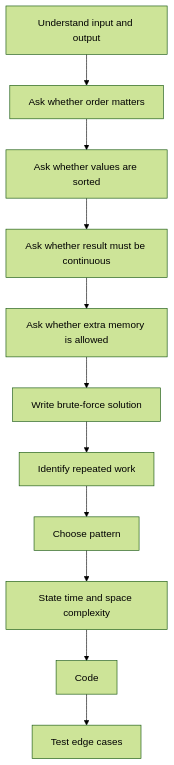
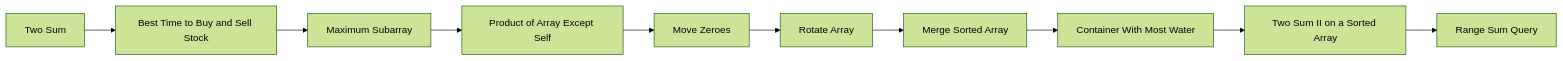
Diagram 16 of 16 in docs/datastructures/array.md (9999dude/omega), drawn with Mermaid (forest theme) before and after one commit. The commit also changed other lines of this file and 58 other files, not shown here.

````diff
--- a/docs/datastructures/array.md
+++ b/docs/datastructures/array.md
@@ -1679,13 +1133,13 @@
 ```mermaid
-flowchart TD
-    A["Understand input and output"] --> B["Ask whether order matters"]
-    B --> C["Ask whether values are sorted"]
-    C --> D["Ask whether result must be continuous"]
-    D --> E["Ask whether extra memory is allowed"]
-    E --> F["Write brute-force solution"]
-    F --> G["Identify repeated work"]
-    G --> H["Choose pattern"]
-    H --> I["State time and space complexity"]
-    I --> J["Code"]
-    J --> K["Test edge cases"]
+flowchart LR
+    Q0["Two Sum"]
+    Q0 --> Q1["Best Time to Buy and Sell Stock"]
+    Q1 --> Q2["Maximum Subarray"]
+    Q2 --> Q3["Product of Array Except Self"]
+    Q3 --> Q4["Move Zeroes"]
+    Q4 --> Q5["Rotate Array"]
+    Q5 --> Q6["Merge Sorted Array"]
+    Q6 --> Q7["Container With Most Water"]
+    Q7 --> Q8["Two Sum II on a Sorted Array"]
+    Q8 --> Q9["Range Sum Query"]
 ```
````
